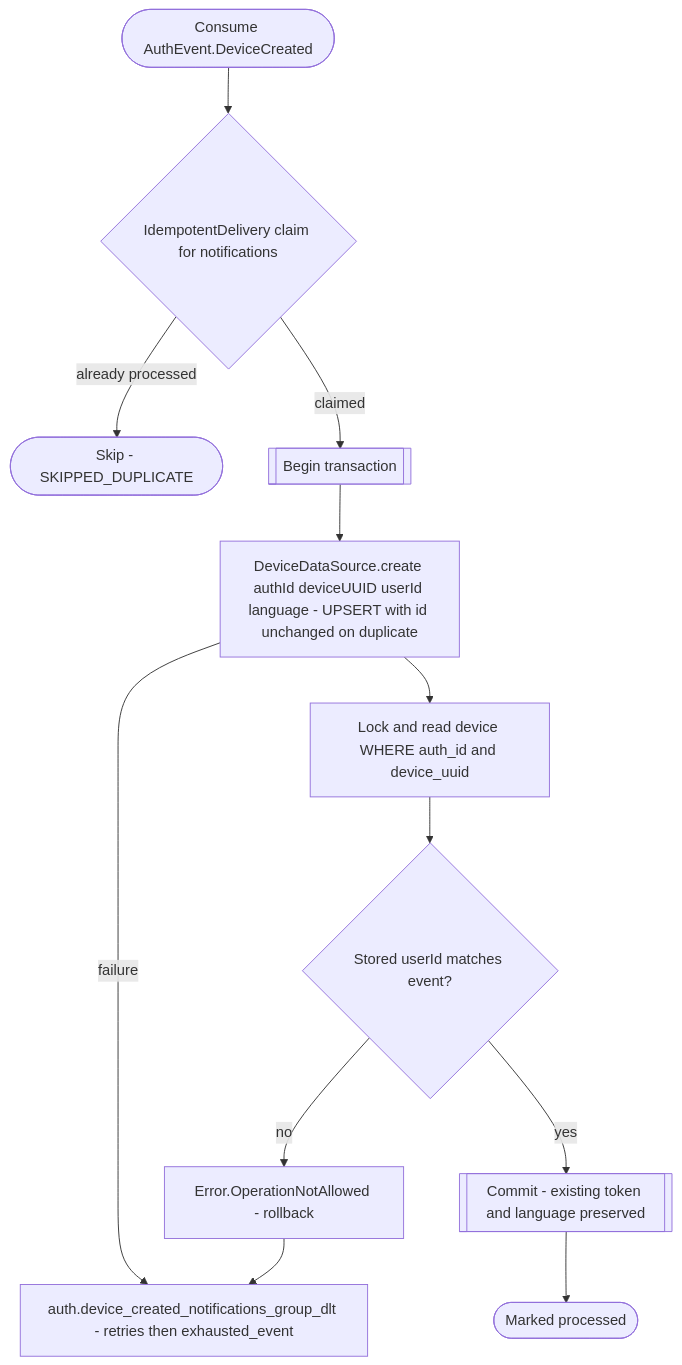
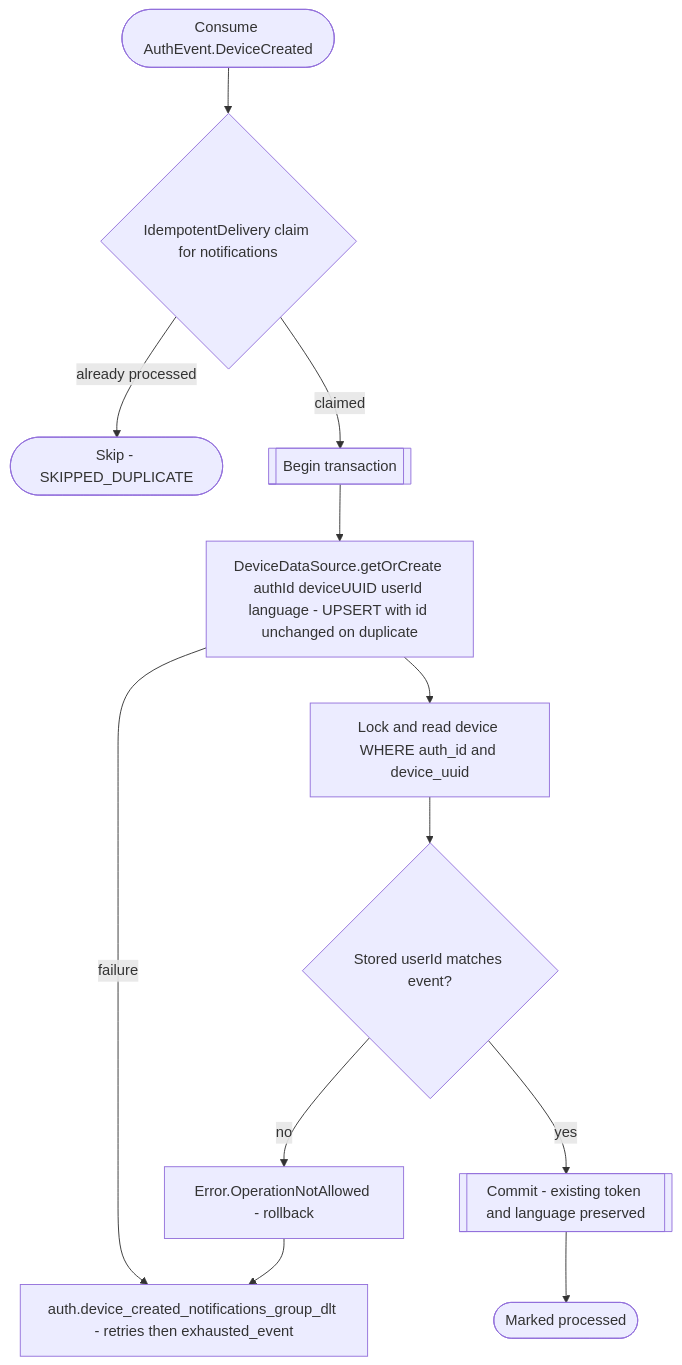
The diagram in docs/operations/notifications/on-device-created.md (nocturneproperties/bookkme), drawn with Mermaid before and after one commit. The commit also changed 40 other files, not shown here.

````diff
--- a/docs/operations/notifications/on-device-created.md
+++ b/docs/operations/notifications/on-device-created.md
@@ -7,14 +7,14 @@
 ```mermaid
 flowchart TD
     Start([Consume AuthEvent.DeviceCreated]) --> Claim{IdempotentDelivery claim for notifications}
     Claim -- already processed --> Skip([Skip - SKIPPED_DUPLICATE])
     Claim -- claimed --> Tx[[Begin transaction]]
-    Tx --> Create["DeviceDataSource.create authId deviceUUID userId language - UPSERT with id unchanged on duplicate"]
+    Tx --> Create["DeviceDataSource.getOrCreate authId deviceUUID userId language - UPSERT with id unchanged on duplicate"]
     Create --> Read["Lock and read device WHERE auth_id and device_uuid"]
     Read --> Owner{Stored userId matches event?}
     Owner -- no --> Error[Error.OperationNotAllowed - rollback]
     Owner -- yes --> Commit[[Commit - existing token and language preserved]]
     Commit --> Ack([Marked processed])
     Create -- failure --> Retry["auth.device_created_notifications_group_dlt - retries then exhausted_event"]
     Error --> Retry
 ```
````
